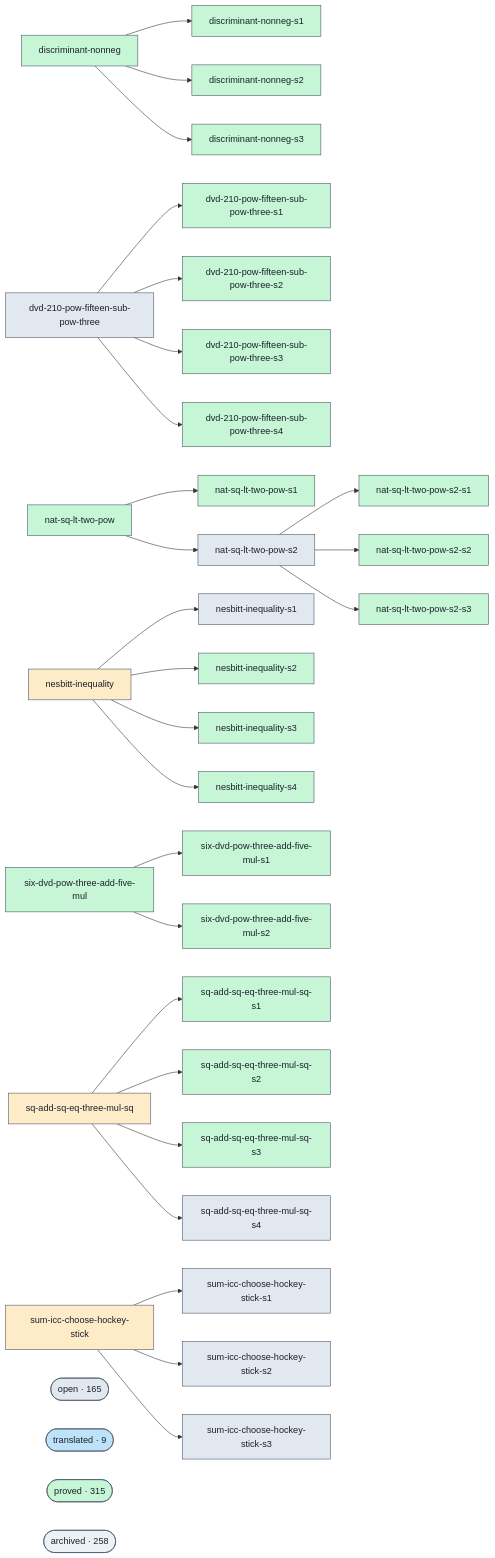
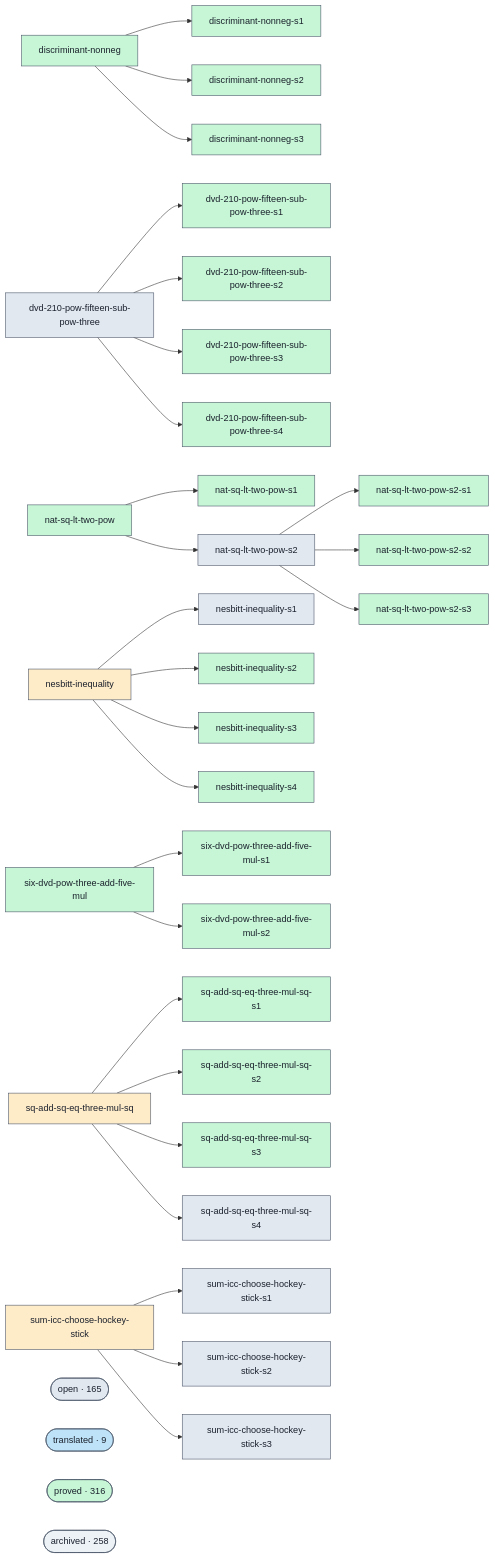
Before and after one commit to ohdearquant/unsorry: the diagram in docs/proofs-contributors-visualisation.md, drawn with Mermaid. The commit also changed other lines of this file and 2 other files, not shown here.

```diff
--- a/docs/proofs-contributors-visualisation.md
+++ b/docs/proofs-contributors-visualisation.md
@@ -147,7 +147,7 @@
   class cluster_open open;
   cluster_translated(["translated · 9"])
   class cluster_translated translated;
-  cluster_proved(["proved · 315"])
+  cluster_proved(["proved · 316"])
   class cluster_proved proved;
   cluster_archived(["archived · 258"])
   class cluster_archived unknown;
```
